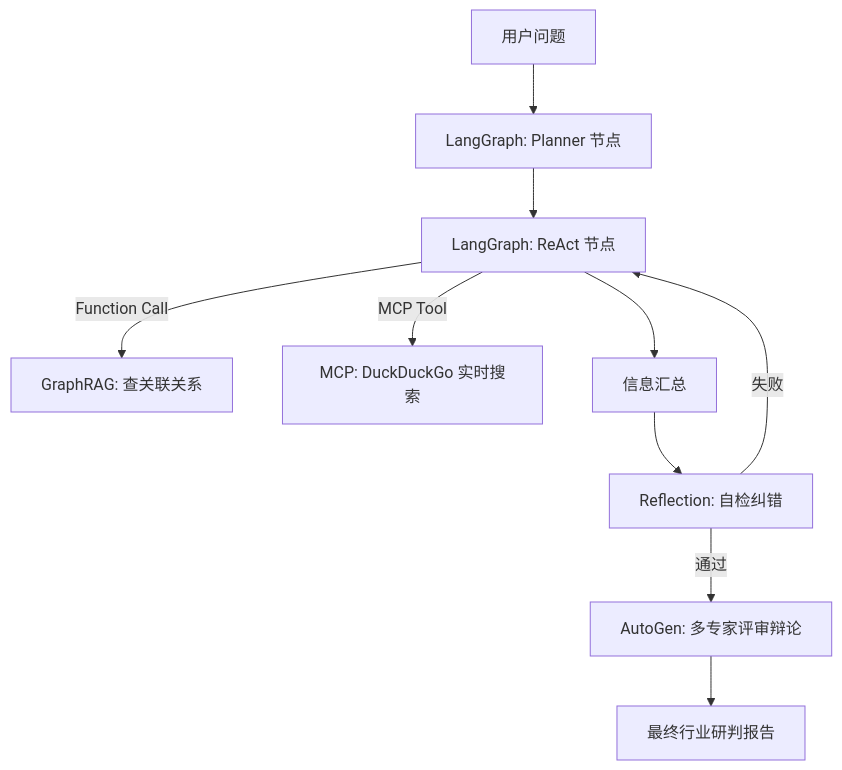
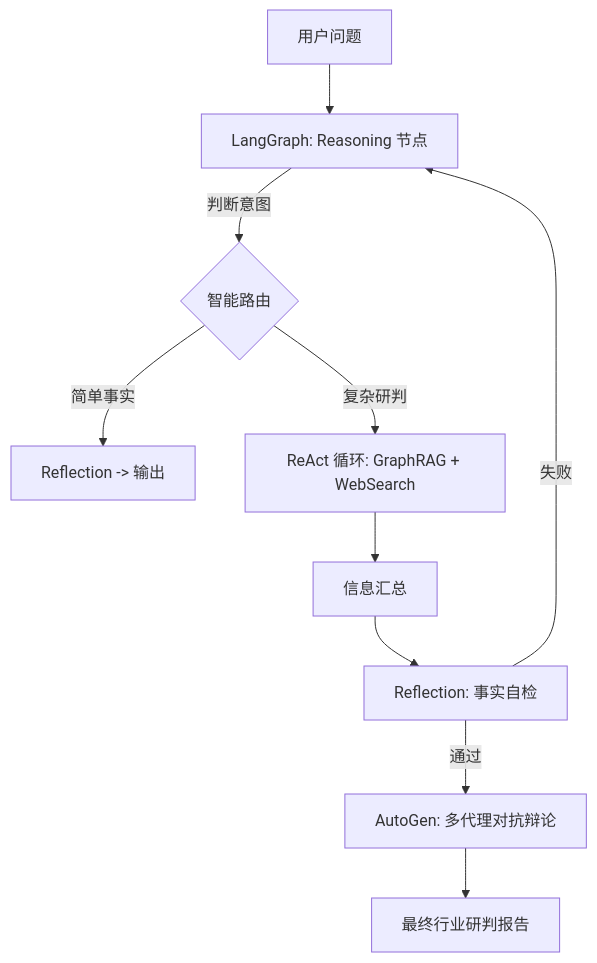
Before and after one commit to Syswea/Semi-Insight-Agent: the diagram in README.md, drawn with Mermaid. The commit also changed other lines of this file and 7 other files, not shown here.

````diff
--- a/README.md
+++ b/README.md
@@ -61,12 +69,12 @@
 ```mermaid
 graph TD
-    UserQuery[用户问题] --> Planner[LangGraph: Planner 节点]
-    Planner --> Exec[LangGraph: ReAct 节点]
-    Exec --> |Function Call| GRAG[GraphRAG: 查关联关系]
-    Exec --> |MCP Tool| WebSearch[MCP: DuckDuckGo 实时搜索]
-    Exec --> Collector[信息汇总]
-    Collector --> Reflector[Reflection: 自检纠错]
-    Reflector -- 失败 --> Exec
-    Reflector -- 通过 --> AutoGen[AutoGen: 多专家评审辩论]
+    UserQuery[用户问题] --> Reasoning[LangGraph: Reasoning 节点]
+    Reasoning --> |判断意图| Router{智能路由}
+    Router --> |简单事实| Direct[Reflection -> 输出]
+    Router --> |复杂研判| ReAct[ReAct 循环: GraphRAG + WebSearch]
+    ReAct --> Collector[信息汇总]
+    Collector --> Reflector[Reflection: 事实自检]
+    Reflector -- 失败 --> Reasoning
+    Reflector -- 通过 --> AutoGen[AutoGen: 多代理对抗辩论]
     AutoGen --> FinalReport[最终行业研判报告]
 ```
````
